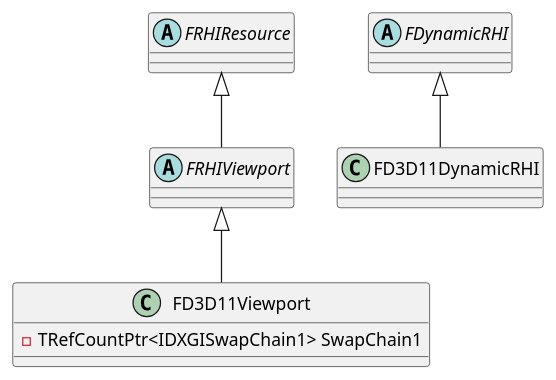
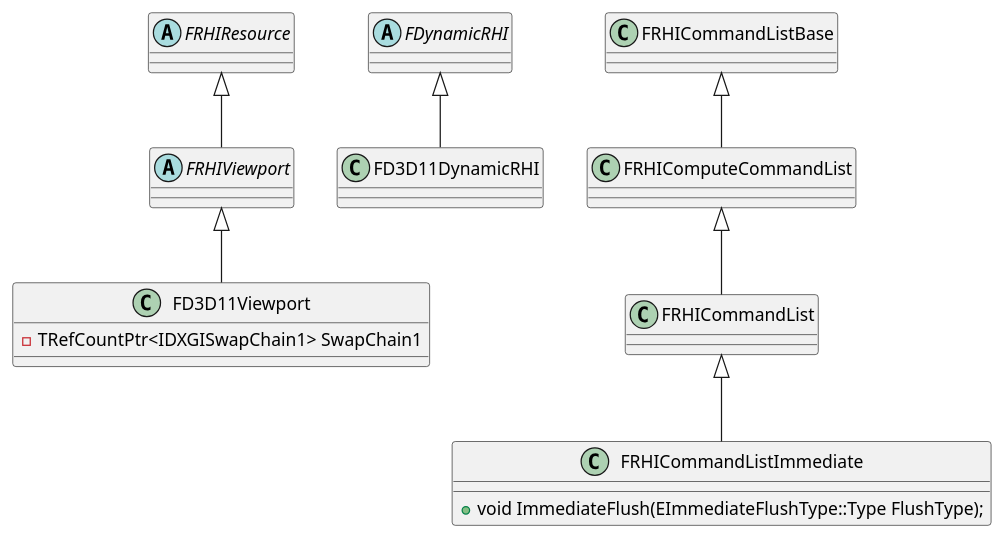
One commit to wsw364321644/Renderer changed the diagram in Doc/UE/RHI.pu. Above: the diagram before and after it, drawn with PlantUML. The commit also changed 14 other files, not shown here.

```diff
--- a/Doc/UE/RHI.pu
+++ b/Doc/UE/RHI.pu
@@ -1,22 +1,39 @@
-@startuml
+@startuml RHI
 
 
 abstract FRHIResource
 abstract FRHIViewport
 class  FD3D11Viewport{
 	- TRefCountPtr<IDXGISwapChain1> SwapChain1
 }
 
 FRHIResource <|-- FRHIViewport
 FRHIViewport <|-- FD3D11Viewport
 
 
 
 
 abstract FDynamicRHI
 class FD3D11DynamicRHI
 FDynamicRHI <|-- FD3D11DynamicRHI
 
 
 
+
+class FRHICommandListBase{
+}
+class FRHIComputeCommandList{
+}
+FRHICommandListBase <|-- FRHIComputeCommandList
+
+class FRHICommandList{
+}
+FRHIComputeCommandList <|-- FRHICommandList
+
+class FRHICommandListImmediate{
+	+ void ImmediateFlush(EImmediateFlushType::Type FlushType);
+}
+
+FRHICommandList <|-- FRHICommandListImmediate
+
 @enduml
```
